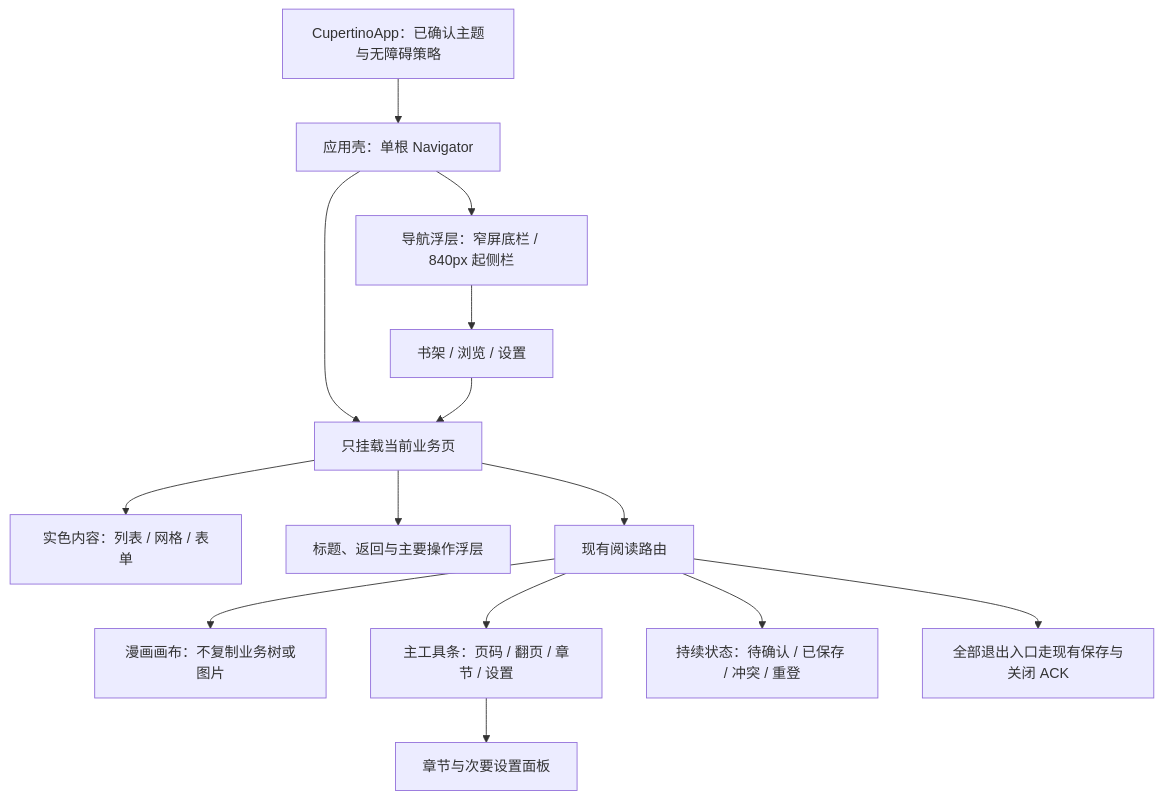
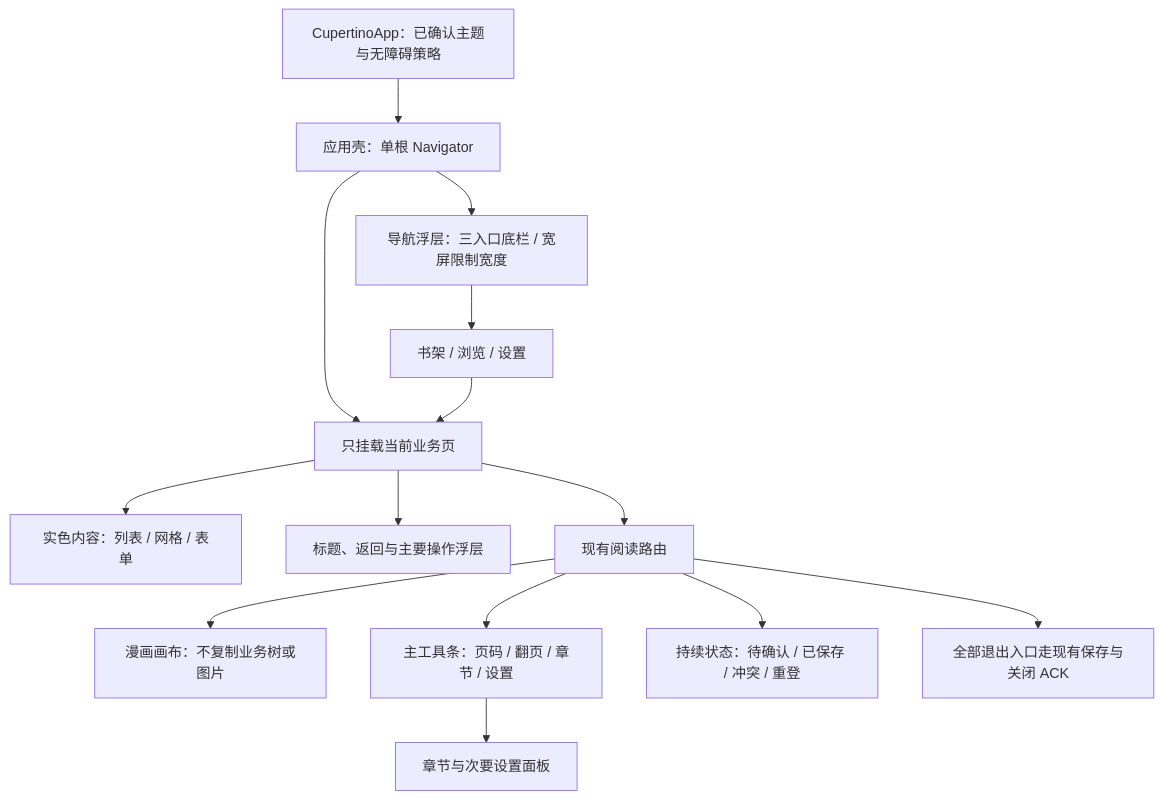
One commit to Wybxc/karuyomi changed the diagram in docs/plan/liquid-glass.md. Above: the diagram before and after it, drawn with Mermaid. The commit also changed other lines of this file and 52 other files, not shown here.

````diff
--- a/docs/plan/liquid-glass.md
+++ b/docs/plan/liquid-glass.md
@@ -28,16 +28,16 @@
 ```mermaid
 flowchart TD
     App[CupertinoApp：已确认主题与无障碍策略] --> Shell[应用壳：单根 Navigator]
-    Shell --> Nav[导航浮层：窄屏底栏 / 840px 起侧栏]
+    Shell --> Nav[导航浮层：三入口底栏 / 宽屏限制宽度]
     Shell --> Active[只挂载当前业务页]
     Nav --> Switch[书架 / 浏览 / 设置]
     Switch --> Active
     Active --> Content[实色内容：列表 / 网格 / 表单]
     Active --> Actions[标题、返回与主要操作浮层]
     Active --> Reader[现有阅读路由]
     Reader --> Canvas[漫画画布：不复制业务树或图片]
     Reader --> Toolbar[主工具条：页码 / 翻页 / 章节 / 设置]
     Reader --> Status[持续状态：待确认 / 已保存 / 冲突 / 重登]
     Toolbar --> Panel[章节与次要设置面板]
     Reader --> Exit[全部退出入口走现有保存与关闭 ACK]
 ```
````
